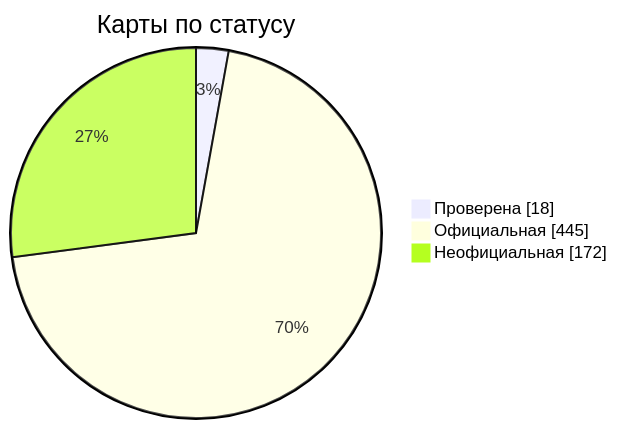
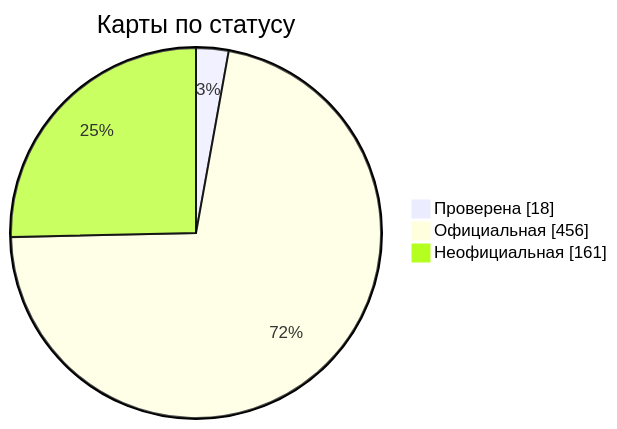
Before and after one commit to nobrega8/mbmap-library: the diagram in docs/readme/README_RU.md, drawn with Mermaid. The commit also changed 16 other files, not shown here.

````diff
--- a/docs/readme/README_RU.md
+++ b/docs/readme/README_RU.md
@@ -54,7 +54,7 @@
 ```mermaid
 pie showData
     title Карты по статусу
     "Проверена" : 18
-    "Официальная" : 445
-    "Неофициальная" : 172
+    "Официальная" : 456
+    "Неофициальная" : 161
 ```
````
